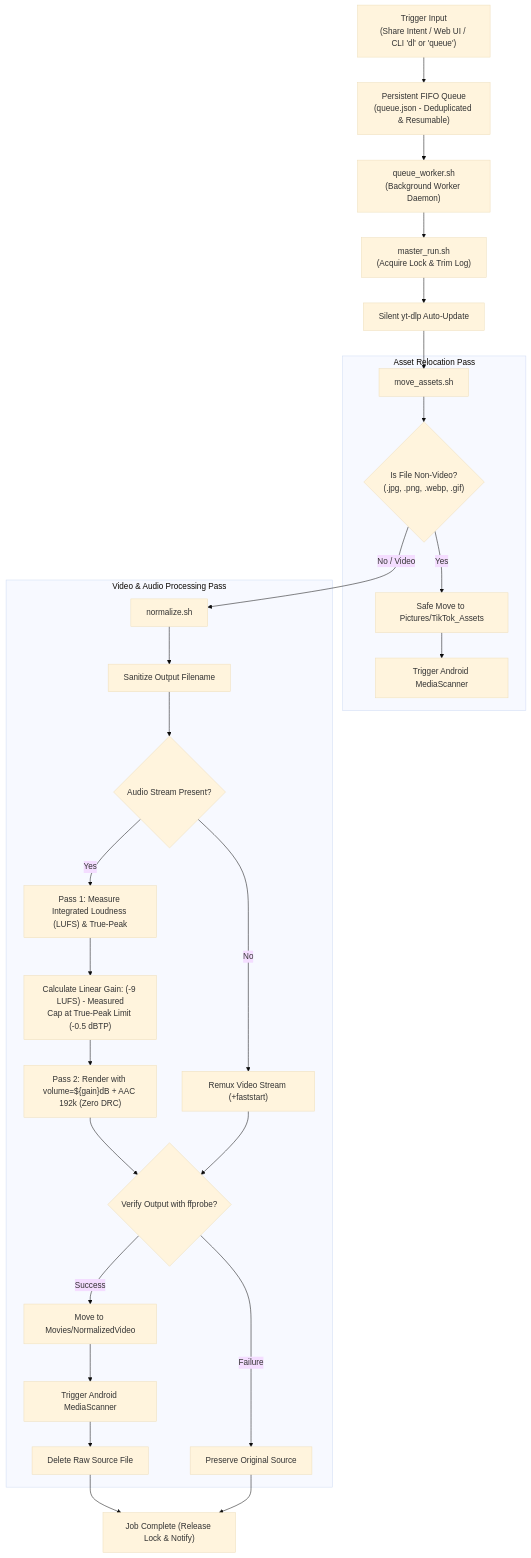
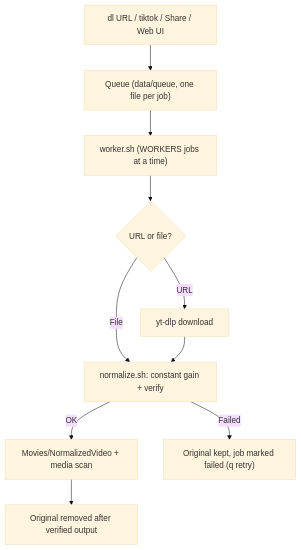
Before and after one commit to AnnaMorgrett/Media-Pipeline: the diagram in README.md, drawn with Mermaid (base theme). The commit also changed other lines of this file and 40 other files, not shown here.

````diff
--- a/README.md
+++ b/README.md
@@ -30,34 +28,12 @@
 ```mermaid
 flowchart TD
-    A["Trigger Input<br>(Share Intent / Web UI / CLI 'dl' or 'queue')"] --> Q["Persistent FIFO Queue<br>(queue.json - Deduplicated & Resumable)"]
-    Q --> W["queue_worker.sh<br>(Background Worker Daemon)"]
-    W --> B["master_run.sh<br>(Acquire Lock & Trim Log)"]
-    B --> C["Silent yt-dlp Auto-Update"]
-    C --> D["move_assets.sh"]
-    
-    subgraph Assets ["Asset Relocation Pass"]
-        D --> D1{"Is File Non-Video?<br>(.jpg, .png, .webp, .gif)"}
-        D1 -- Yes --> D2["Safe Move to Pictures/TikTok_Assets"]
-        D2 --> D3["Trigger Android MediaScanner"]
-    end
-    
-    D1 -- No / Video --> E["normalize.sh"]
-    
-    subgraph Video ["Video & Audio Processing Pass"]
-        E --> E1["Sanitize Output Filename"]
-        E1 --> E2{"Audio Stream Present?"}
-        E2 -- Yes --> E3["Pass 1: Measure Integrated Loudness (LUFS) & True-Peak"]
-        E3 --> E4["Calculate Linear Gain: (-9 LUFS) - Measured<br>Cap at True-Peak Limit (-0.5 dBTP)"]
-        E4 --> E5["Pass 2: Render with volume=${gain}dB + AAC 192k (Zero DRC)"]
-        E2 -- No --> E6["Remux Video Stream (+faststart)"]
-        E5 --> E7{"Verify Output with ffprobe?"}
-        E6 --> E7
-        E7 -- Success --> E8["Move to Movies/NormalizedVideo"]
-        E8 --> E9["Trigger Android MediaScanner"]
-        E9 --> E10["Delete Raw Source File"]
-        E7 -- Failure --> E11["Preserve Original Source"]
-    end
-    
-    E10 --> F["Job Complete (Release Lock & Notify)"]
-    E11 --> F
+    A["dl URL / tiktok / Share / Web UI"] --> Q["Queue (data/queue, one file per job)"]
+    Q --> W["worker.sh (WORKERS jobs at a time)"]
+    W --> D{"URL or file?"}
+    D -- URL --> Y["yt-dlp download"]
+    D -- File --> N
+    Y --> N["normalize.sh: constant gain + verify"]
+    N -- OK --> O["Movies/NormalizedVideo + media scan"]
+    O --> R["Original removed after verified output"]
+    N -- Failed --> K["Original kept, job marked failed (q retry)"]
 ```
````
